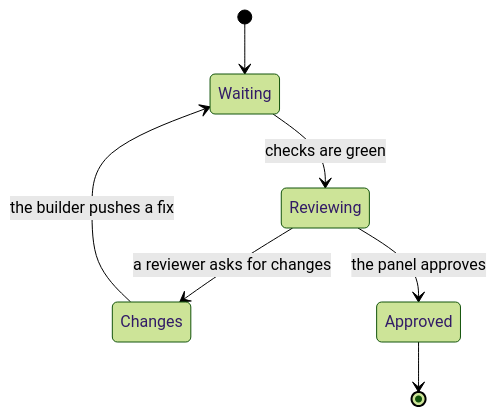
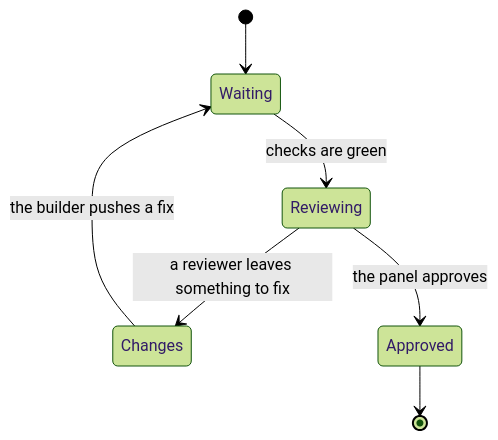
One commit to shinyredapples/intakt changed the fifth of 5 diagrams in docs/guide/symfony-in-intakt.md. Above: the diagram before and after it, drawn with Mermaid (forest theme). The commit also changed 5 other files, not shown here.

````diff
--- a/docs/guide/symfony-in-intakt.md
+++ b/docs/guide/symfony-in-intakt.md
@@ -109,9 +109,9 @@
 ```mermaid
 stateDiagram-v2
   [*] --> Waiting
   Waiting --> Reviewing: checks are green
-  Reviewing --> Changes: a reviewer asks for changes
+  Reviewing --> Changes: a reviewer leaves something to fix
   Changes --> Waiting: the builder pushes a fix
   Reviewing --> Approved: the panel approves
   Approved --> [*]
 ```
````
